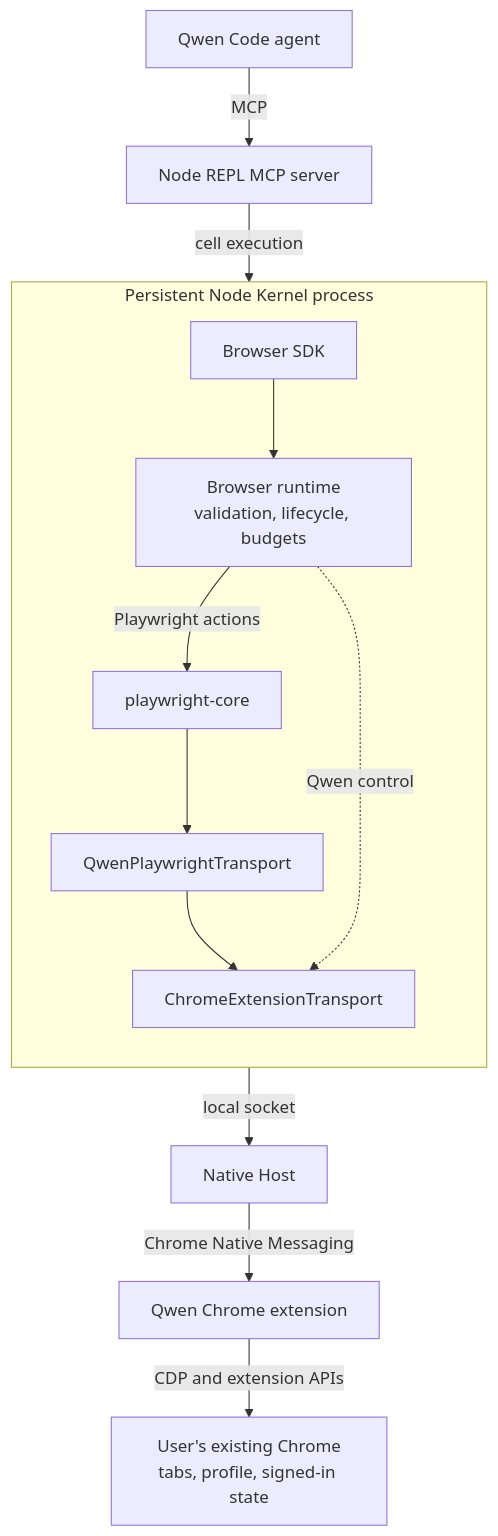
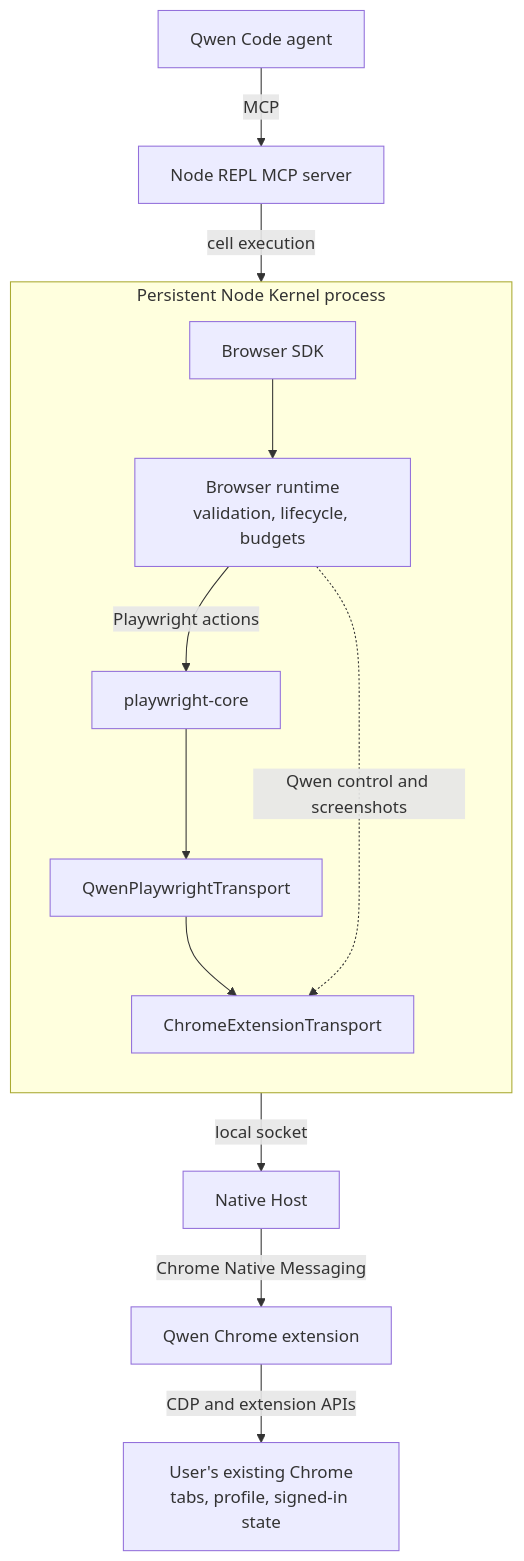
Before and after one commit to QwenLM/qwen-code: the diagram in docs/design/browser-use.md, drawn with Mermaid. The commit also changed other lines of this file and 13 other files, not shown here.

````diff
--- a/docs/design/browser-use.md
+++ b/docs/design/browser-use.md
@@ -16,21 +16,21 @@
 ```mermaid
 flowchart TB
   Agent["Qwen Code agent"] -->|"MCP"| Repl["Node REPL MCP server"]
   Repl -->|"cell execution"| SDK
 
   subgraph Kernel["Persistent Node Kernel process"]
     direction TB
     SDK["Browser SDK"]
     SDK --> Runtime["Browser runtime<br/>validation, lifecycle, budgets"]
 
     Runtime -->|"Playwright actions"| Playwright["playwright-core"]
     Playwright --> PWTransport["QwenPlaywrightTransport"]
     PWTransport --> ExtensionTransport["ChromeExtensionTransport"]
 
-    Runtime -.->|"Qwen control"| ExtensionTransport
+    Runtime -.->|"Qwen control and screenshots"| ExtensionTransport
   end
 
   ExtensionTransport -->|"local socket"| Host["Native Host"]
   Host -->|"Chrome Native Messaging"| Extension["Qwen Chrome extension"]
   Extension -->|"CDP and extension APIs"| Chrome["User's existing Chrome<br/>tabs, profile, signed-in state"]
 ```
````
